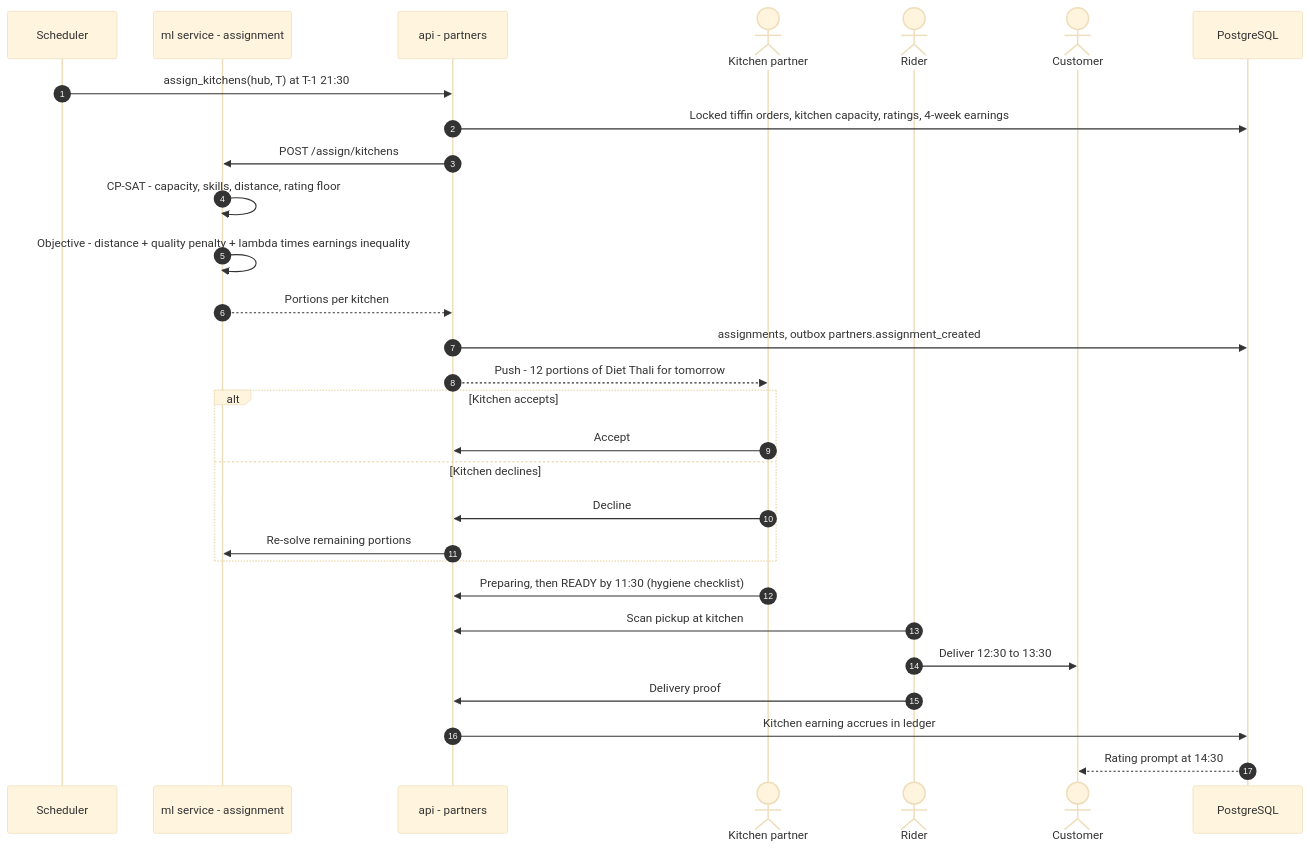
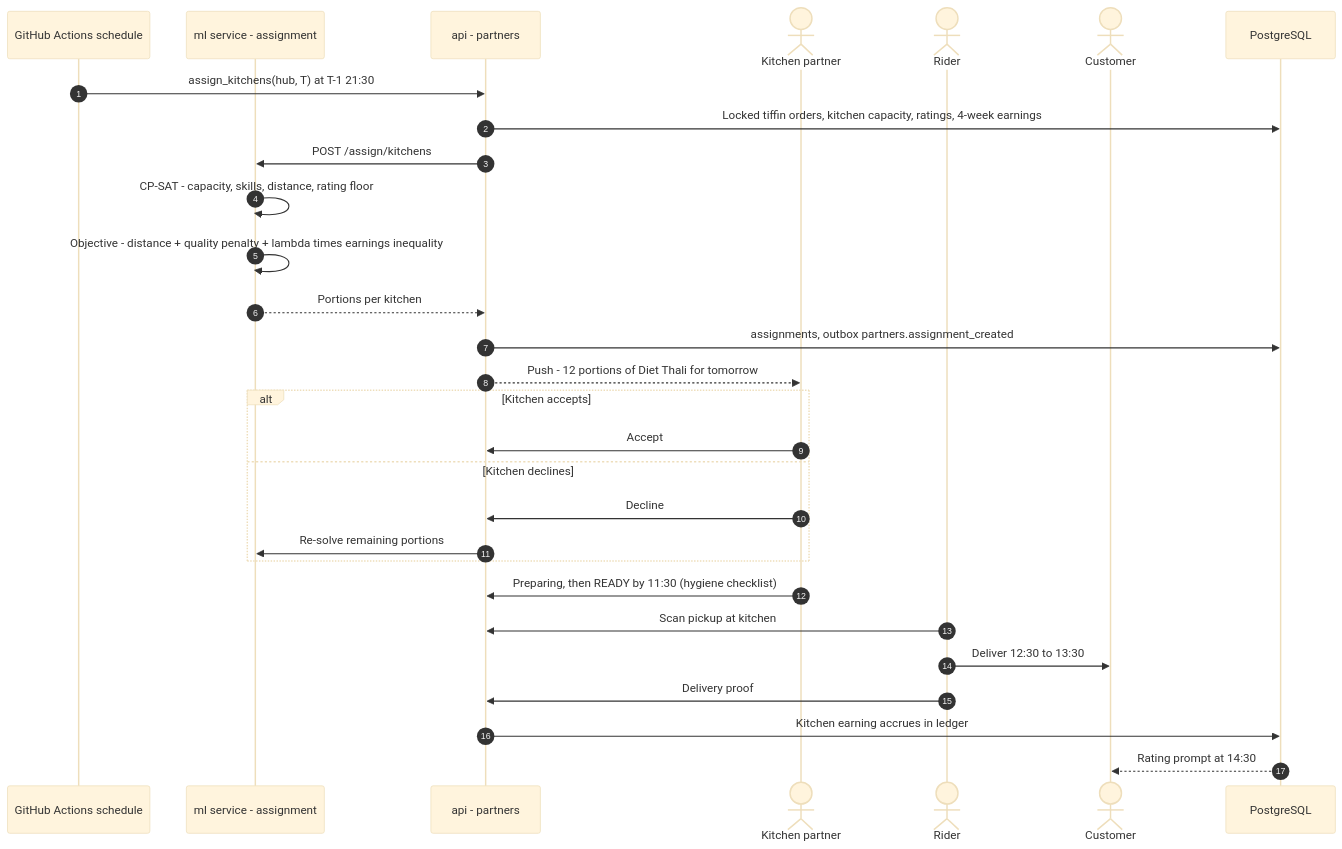
Diagram 12 of 18 in docs/handbook/07-workflows.md (prelekar7/GharBasket), drawn with Mermaid (base theme) before and after one commit. The commit also changed other lines of this file and 58 other files, not shown here.

````diff
--- a/docs/handbook/07-workflows.md
+++ b/docs/handbook/07-workflows.md
@@ -454,31 +457,31 @@
 ```mermaid
 sequenceDiagram
     autonumber
-    participant SCH as Scheduler
+    participant SCH as GitHub Actions schedule
     participant ML as ml service - assignment
     participant PTN as api - partners
     actor K as Kitchen partner
     actor R as Rider
     actor C as Customer
     participant DB as PostgreSQL
     SCH->>PTN: assign_kitchens(hub, T) at T-1 21:30
     PTN->>DB: Locked tiffin orders, kitchen capacity, ratings, 4-week earnings
     PTN->>ML: POST /assign/kitchens
     ML->>ML: CP-SAT - capacity, skills, distance, rating floor
     ML->>ML: Objective - distance + quality penalty + lambda times earnings inequality
     ML-->>PTN: Portions per kitchen
     PTN->>DB: assignments, outbox partners.assignment_created
     PTN-->>K: Push - 12 portions of Diet Thali for tomorrow
     alt Kitchen accepts
         K->>PTN: Accept
     else Kitchen declines
         K->>PTN: Decline
         PTN->>ML: Re-solve remaining portions
     end
     K->>PTN: Preparing, then READY by 11:30 (hygiene checklist)
     R->>PTN: Scan pickup at kitchen
     R->>C: Deliver 12:30 to 13:30
     R->>PTN: Delivery proof
     PTN->>DB: Kitchen earning accrues in ledger
     DB-->>C: Rating prompt at 14:30
 ```
````
